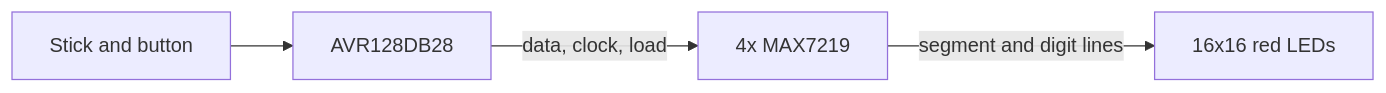
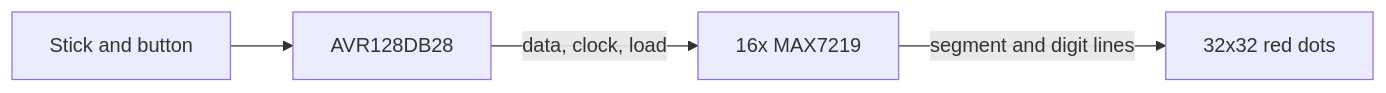
One commit to gustavostuff/maki-nita changed the diagram in docs/hardware.md. Above: the diagram before and after it, drawn with Mermaid. The commit also changed other lines of this file and 26 other files, not shown here.

````diff
--- a/docs/hardware.md
+++ b/docs/hardware.md
@@ -9,6 +9,6 @@
 ```mermaid
 flowchart LR
   controls[Stick and button] --> avr[AVR128DB28]
-  avr -->|data, clock, load| drivers[4x MAX7219]
-  drivers -->|segment and digit lines| leds[16x16 red LEDs]
+  avr -->|data, clock, load| drivers[16x MAX7219]
+  drivers -->|segment and digit lines| leds[32x32 red dots]
 ```
````
